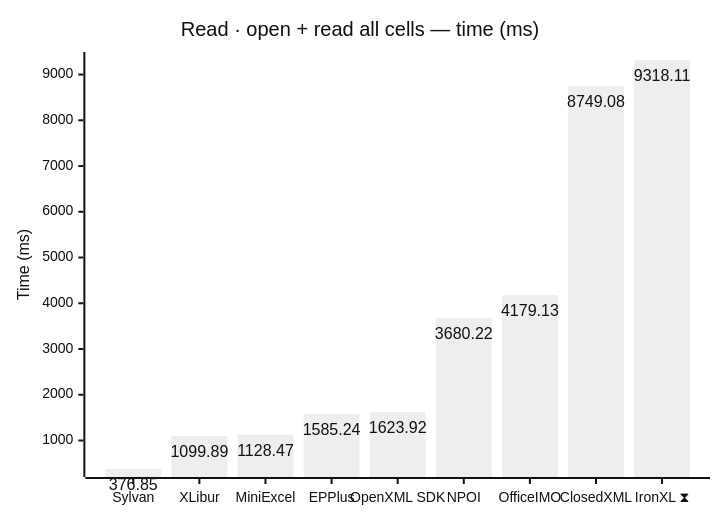
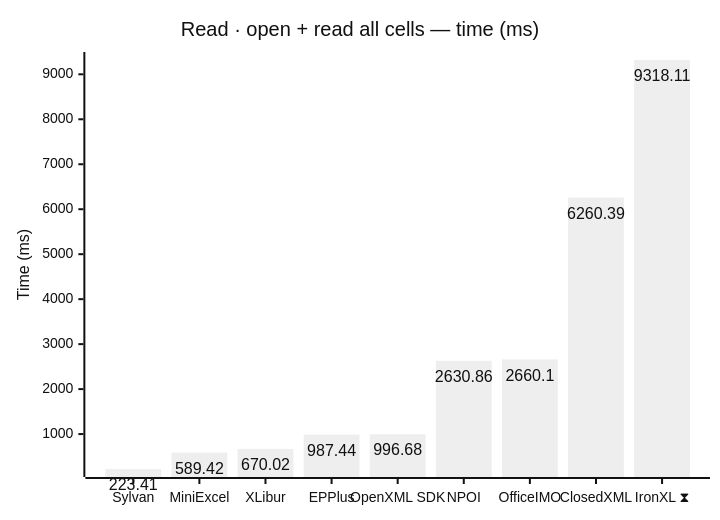
The third of 12 diagrams in docs/results-ci.md (jafin/XLBench), drawn with Mermaid (neutral theme) before and after one commit. The commit also changed other lines of this file, not shown here.

````diff
--- a/docs/results-ci.md
+++ b/docs/results-ci.md
@@ -69,12 +69,12 @@
 ```mermaid
 ---
 config:
   xyChart:
     showDataLabel: true
 ---
 xychart-beta
     title "Read · open + read all cells — time (ms)"
-    x-axis ["Sylvan", "XLibur", "MiniExcel", "EPPlus", "OpenXML SDK", "NPOI", "OfficeIMO", "ClosedXML", "IronXL ⧗"]
+    x-axis ["Sylvan", "MiniExcel", "XLibur", "EPPlus", "OpenXML SDK", "NPOI", "OfficeIMO", "ClosedXML", "IronXL ⧗"]
     y-axis "Time (ms)"
-    bar [376.85, 1099.89, 1128.47, 1585.24, 1623.92, 3680.22, 4179.13, 8749.08, 9318.11]
+    bar [223.41, 589.42, 670.02, 987.44, 996.68, 2630.86, 2660.1, 6260.39, 9318.11]
 ```
````
